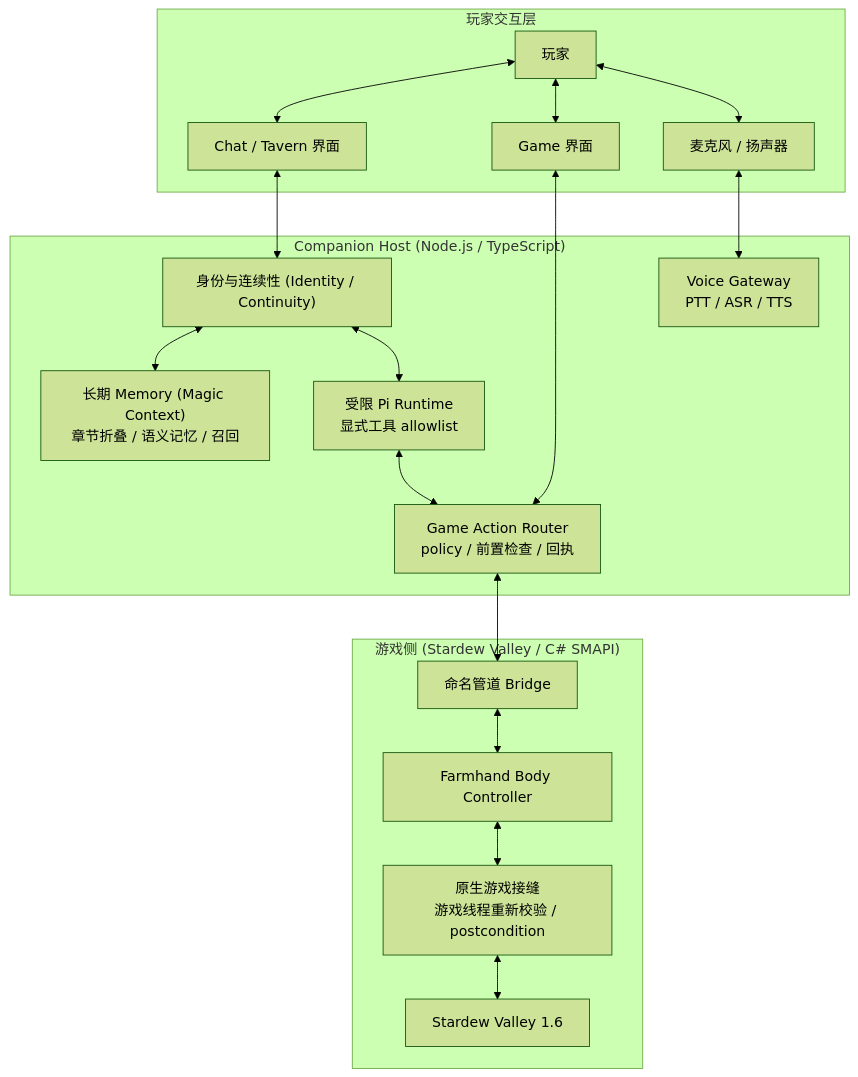
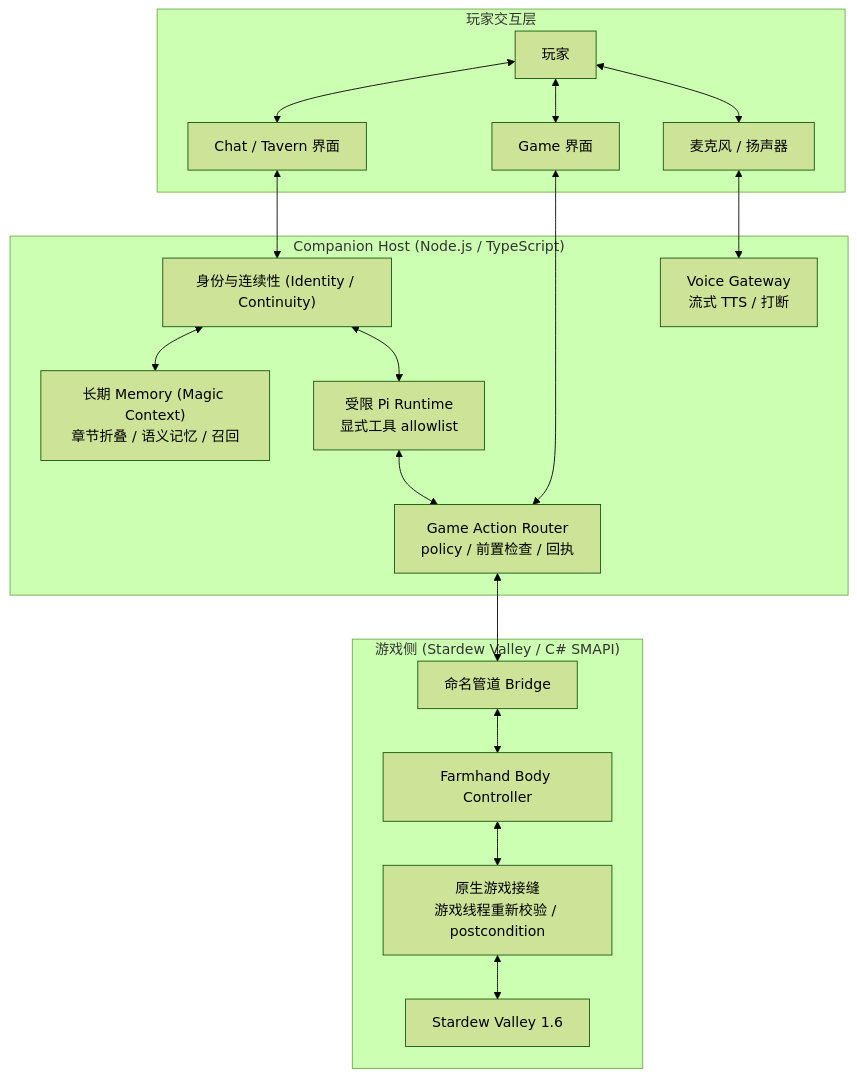
One commit to zhexulong/gamebuddy changed the diagram in README.md. Above: the diagram before and after it, drawn with Mermaid (forest theme). The commit also changed other lines of this file and 2 other files, not shown here.

Commit message:
docs: state the voice surface truthfully (output-only, no capture path)

````diff
--- a/README.md
+++ b/README.md
@@ -133,38 +134,38 @@
 ```mermaid
 flowchart TB
     subgraph PlayerLayer["玩家交互层"]
         Player["玩家"]
         ChatUI["Chat / Tavern 界面"]
         GameUI["Game 界面"]
         Mic["麦克风 / 扬声器"]
     end
 
     subgraph HostLayer["Companion Host (Node.js / TypeScript)"]
         Identity["身份与连续性 (Identity / Continuity)"]
         Memory["长期 Memory (Magic Context)<br/>章节折叠 / 语义记忆 / 召回"]
         PiRuntime["受限 Pi Runtime<br/>显式工具 allowlist"]
-        VoiceGW["Voice Gateway<br/>PTT / ASR / TTS"]
+        VoiceGW["Voice Gateway<br/>流式 TTS / 打断"]
         ActionRouter["Game Action Router<br/>policy / 前置检查 / 回执"]
     end
 
     subgraph GameLayer["游戏侧 (Stardew Valley / C# SMAPI)"]
         Bridge["命名管道 Bridge"]
         BodyCtrl["Farmhand Body Controller"]
         NativeSeam["原生游戏接缝<br/>游戏线程重新校验 / postcondition"]
         GameEngine["Stardew Valley 1.6"]
     end
 
     Player <--> ChatUI
     Player <--> GameUI
     Player <--> Mic
     ChatUI <--> Identity
     GameUI <--> ActionRouter
     Mic <--> VoiceGW
     Identity <--> Memory
     Identity <--> PiRuntime
     PiRuntime <--> ActionRouter
     ActionRouter <--> Bridge
     Bridge <--> BodyCtrl
     BodyCtrl <--> NativeSeam
     NativeSeam <--> GameEngine
 ```
````
